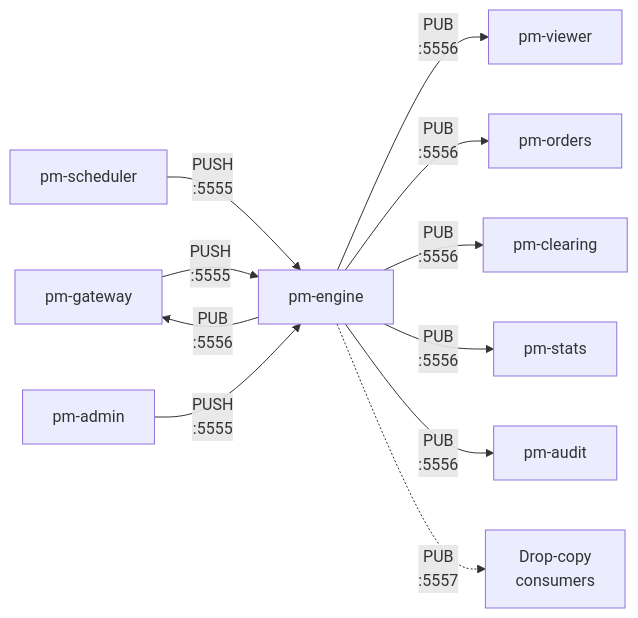
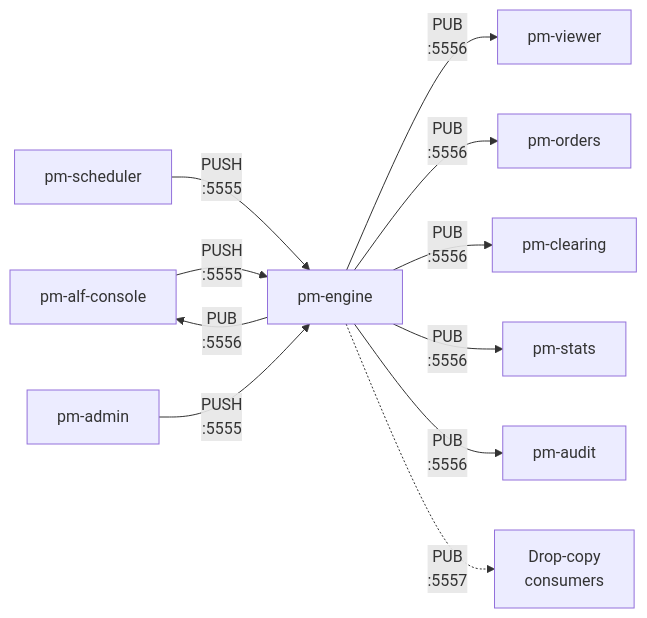
The first of 3 diagrams in docs/user-guide/09-messages.md (johan162/EduMatcher), drawn with Mermaid before and after one commit. The commit also changed other lines of this file and 38 other files, not shown here.

````diff
--- a/docs/user-guide/09-messages.md
+++ b/docs/user-guide/09-messages.md
@@ -220,13 +220,13 @@
 ```mermaid
 flowchart LR
-    GW["pm-gateway"] -- "PUSH\n:5555" --> ENG["pm-engine"]
+    GW["pm-alf-console"] -- "PUSH\n:5555" --> ENG["pm-engine"]
     SCH["pm-scheduler"] -- "PUSH\n:5555" --> ENG
     ADM["pm-admin"] -- "PUSH\n:5555" --> ENG
     ENG -- "PUB\n:5556" --> GW
     ENG -- "PUB\n:5556" --> VW["pm-viewer"]
     ENG -- "PUB\n:5556" --> ORD["pm-orders"]
     ENG -- "PUB\n:5556" --> CLR["pm-clearing"]
     ENG -- "PUB\n:5556" --> STS["pm-stats"]
     ENG -- "PUB\n:5556" --> AUD["pm-audit"]
     ENG -. "PUB\n:5557" .-> DC["Drop-copy\nconsumers"]
 ```
````
